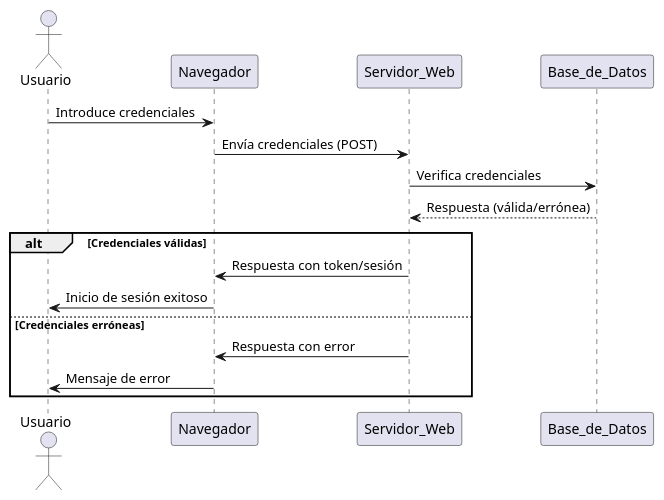
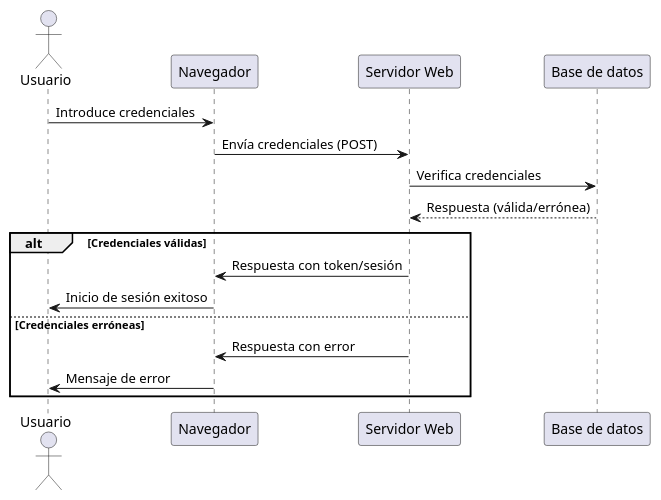
Before and after one commit to Arquisoft/wichat_es5b: the first of 2 diagrams in docs/src/06_runtime_view.adoc, drawn with PlantUML. The commit also changed other lines of this file, not shown here.

Commit message:
Creado diagrama de secuencia para el flujo de creacion de una pregunta

```diff
--- a/docs/src/06_runtime_view.adoc
+++ b/docs/src/06_runtime_view.adoc
@@ -46,19 +46,19 @@
 [plantuml,"Sequence diagram",png]
 ----
 actor Usuario
 participant Navegador
-participant Servidor_Web
-participant Base_de_Datos
+participant "Servidor Web" as Servidor_Web
+participant "Base de datos" as Base_de_Datos
 
 Usuario -> Navegador: Introduce credenciales
 Navegador -> Servidor_Web: Envía credenciales (POST)
 Servidor_Web -> Base_de_Datos: Verifica credenciales
 Base_de_Datos --> Servidor_Web: Respuesta (válida/errónea)
 alt Credenciales válidas
     Servidor_Web -> Navegador: Respuesta con token/sesión
     Navegador -> Usuario: Inicio de sesión exitoso
 else Credenciales erróneas
     Servidor_Web -> Navegador: Respuesta con error
     Navegador -> Usuario: Mensaje de error
 end
 ----
```
